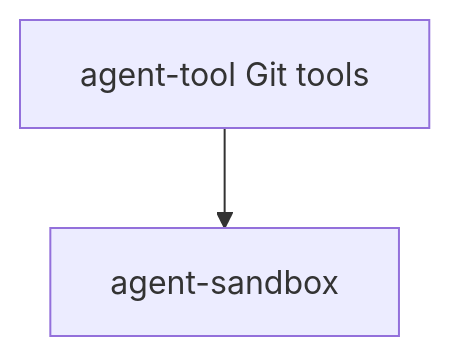
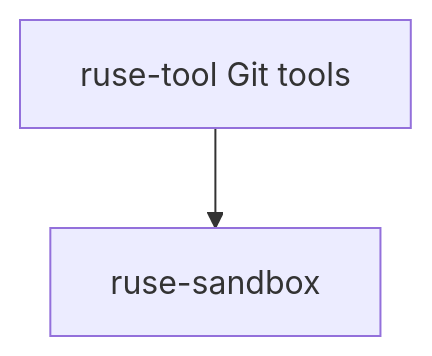
One commit to poneding/agent changed the diagram in docs/specs/M03-04-git-tools.spec.md. Above: the diagram before and after it, drawn with Mermaid. The commit also changed other lines of this file and 2091 other files, not shown here.

First line of the commit message:
refactor: rename agent branding to ruse

````diff
--- a/docs/specs/M03-04-git-tools.spec.md
+++ b/docs/specs/M03-04-git-tools.spec.md
@@ -30,4 +30,4 @@
 ```mermaid
 flowchart TD
-  agent_tool["agent-tool Git tools"] --> agent_sandbox["agent-sandbox"]
+  ruse_tool["ruse-tool Git tools"] --> ruse_sandbox["ruse-sandbox"]
 ```
````
